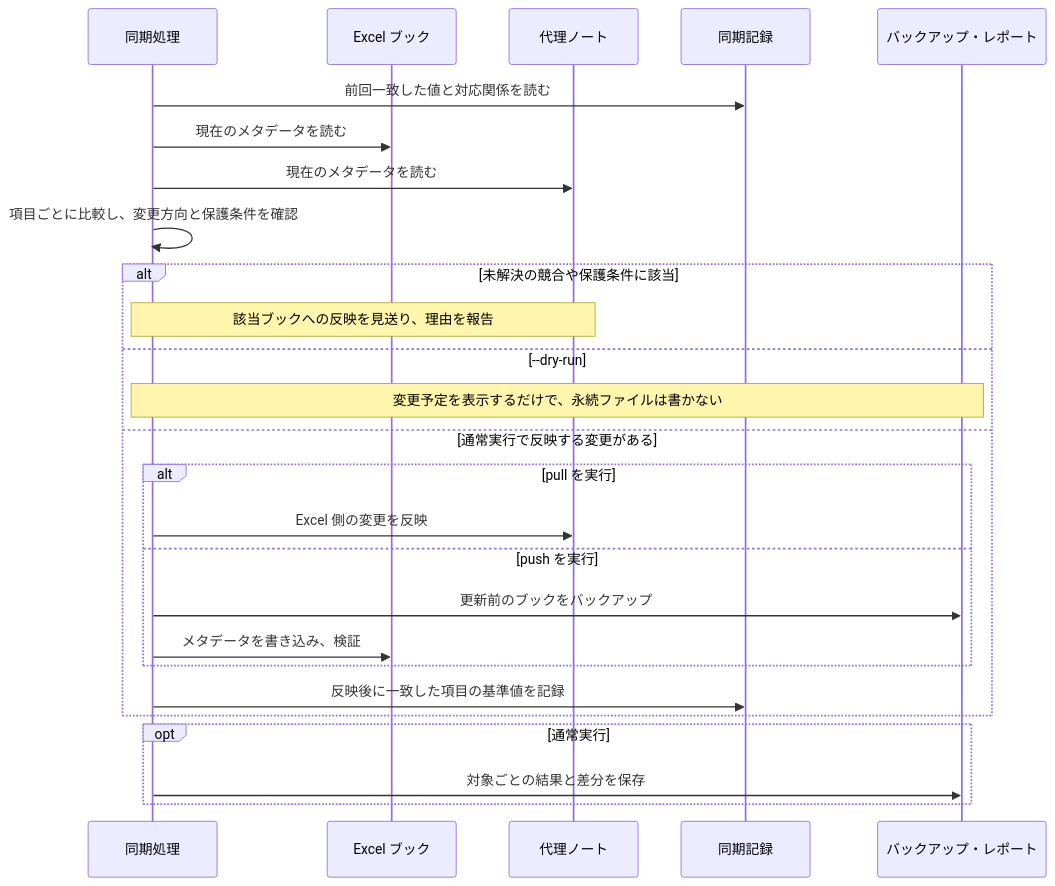
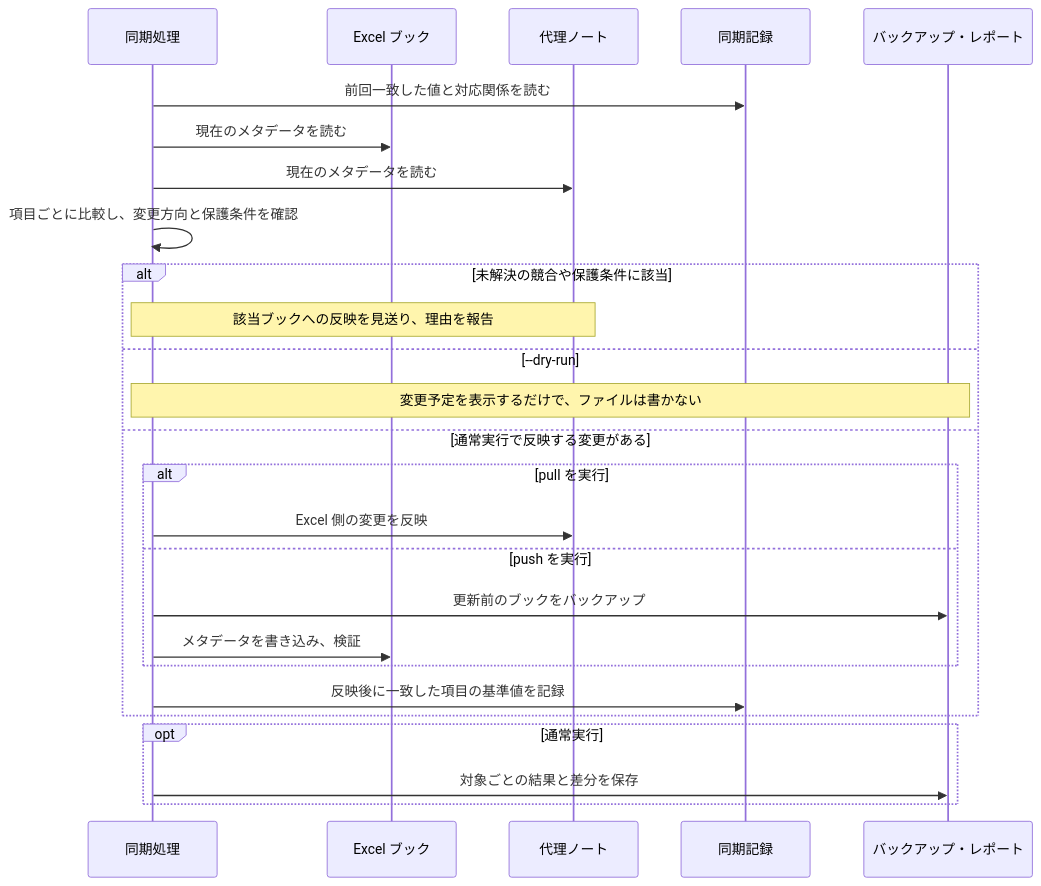
The diagram in docs/reference/synchronization.md (tuckn/tkn_excel_catalog_pipeline), drawn with Mermaid before and after one commit. The commit also changed other lines of this file and 5 other files, not shown here.

````diff
--- a/docs/reference/synchronization.md
+++ b/docs/reference/synchronization.md
@@ -39,29 +38,29 @@
 ```mermaid
 sequenceDiagram
     participant App as 同期処理
     participant Book as Excel ブック
     participant Proxy as 代理ノート
     participant State as 同期記録
     participant Files as バックアップ・レポート
 
     App->>State: 前回一致した値と対応関係を読む
     App->>Book: 現在のメタデータを読む
     App->>Proxy: 現在のメタデータを読む
     App->>App: 項目ごとに比較し、変更方向と保護条件を確認
     alt 未解決の競合や保護条件に該当
         Note over App,Proxy: 該当ブックへの反映を見送り、理由を報告
     else --dry-run
-        Note over App,Files: 変更予定を表示するだけで、永続ファイルは書かない
+        Note over App,Files: 変更予定を表示するだけで、ファイルは書かない
     else 通常実行で反映する変更がある
         alt pull を実行
             App->>Proxy: Excel 側の変更を反映
         else push を実行
             App->>Files: 更新前のブックをバックアップ
             App->>Book: メタデータを書き込み、検証
         end
         App->>State: 反映後に一致した項目の基準値を記録
     end
     opt 通常実行
         App->>Files: 対象ごとの結果と差分を保存
     end
 ```
````
